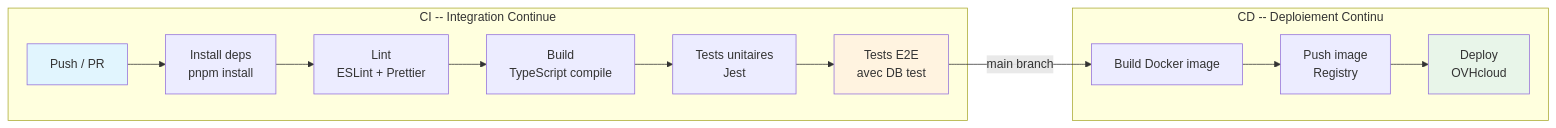
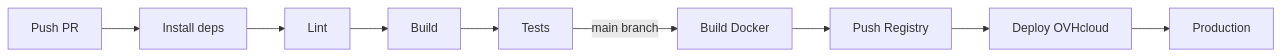
One commit to CitizenAlert/CitizenAlert changed the fourth of 8 diagrams in docs/METHODOLOGIE.md. Above: the diagram before and after it, drawn with Mermaid. The commit also changed other lines of this file and 13 other files, not shown here.

````diff
--- a/docs/METHODOLOGIE.md
+++ b/docs/METHODOLOGIE.md
@@ -346,20 +340,11 @@
 ```mermaid
 graph LR
-    subgraph "CI -- Integration Continue"
-        A[Push / PR] --> B[Install deps<br/>pnpm install]
-        B --> C[Lint<br/>ESLint + Prettier]
-        C --> D[Build<br/>TypeScript compile]
-        D --> E[Tests unitaires<br/>Jest]
-        E --> F[Tests E2E<br/>avec DB test]
-    end
-
-    subgraph "CD -- Deploiement Continu"
-        F -->|main branch| G[Build Docker image]
-        G --> H[Push image<br/>Registry]
-        H --> I[Deploy<br/>OVHcloud]
-    end
-
-    style A fill:#e1f5fe
-    style F fill:#fff3e0
-    style I fill:#e8f5e9
+    A[Push PR] --> B[Install deps]
+    B --> C[Lint]
+    C --> D[Build]
+    D --> E[Tests]
+    E -->|main branch| F[Build Docker]
+    F --> G[Push Registry]
+    G --> H[Deploy OVHcloud]
+    H --> I[Production]
 ```
````
